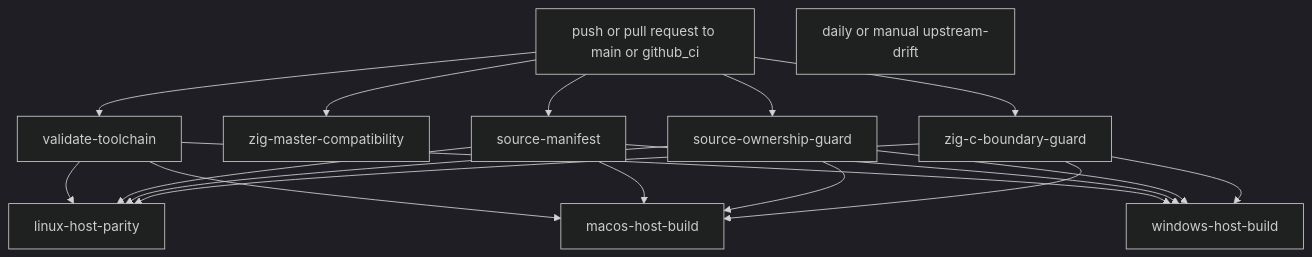
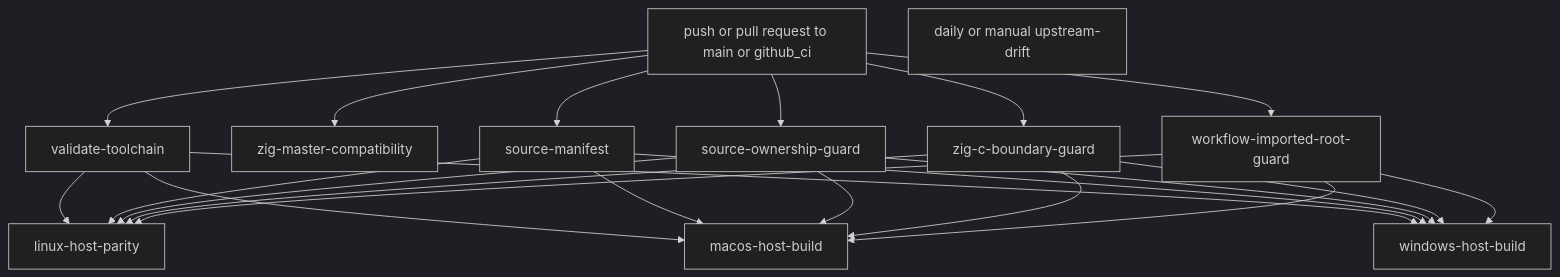
Before and after one commit to ppigazzini/z47: the diagram in zig_docs/60-ci-and-release-workflow.md, drawn with Mermaid (dark theme). The commit also changed other lines of this file and 7 other files, not shown here.

First line of the commit message:
ci: converge workflow imported-root paths

````diff
--- a/zig_docs/60-ci-and-release-workflow.md
+++ b/zig_docs/60-ci-and-release-workflow.md
@@ -21,31 +21,36 @@
 ```mermaid
 flowchart TD
   A[push or pull request to main or github_ci]
   B[validate-toolchain]
   C[zig-master-compatibility]
   D[source-manifest]
   E[source-ownership-guard]
   F[zig-c-boundary-guard]
-  G[linux-host-parity]
-  H[macos-host-build]
-  I[windows-host-build]
-  J[daily or manual upstream-drift]
+  G[workflow-imported-root-guard]
+  H[linux-host-parity]
+  I[macos-host-build]
+  J[windows-host-build]
+  K[daily or manual upstream-drift]
 
   A --> B
   A --> C
   A --> D
   A --> E
   A --> F
-  B --> G
-  D --> G
-  E --> G
-  F --> G
+  A --> G
   B --> H
   D --> H
   E --> H
   F --> H
+  G --> H
   B --> I
   D --> I
   E --> I
   F --> I
+  G --> I
+  B --> J
+  D --> J
+  E --> J
+  F --> J
+  G --> J
 ```
````
